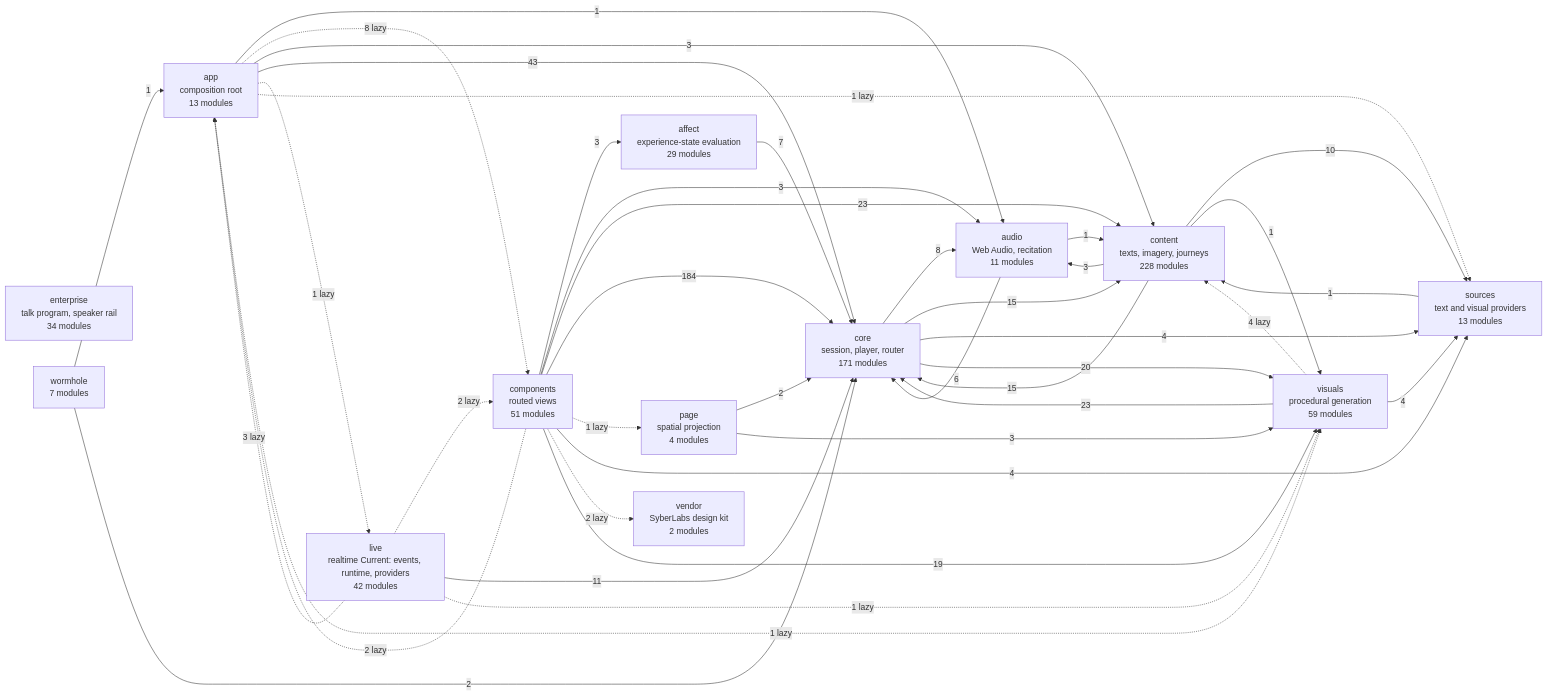
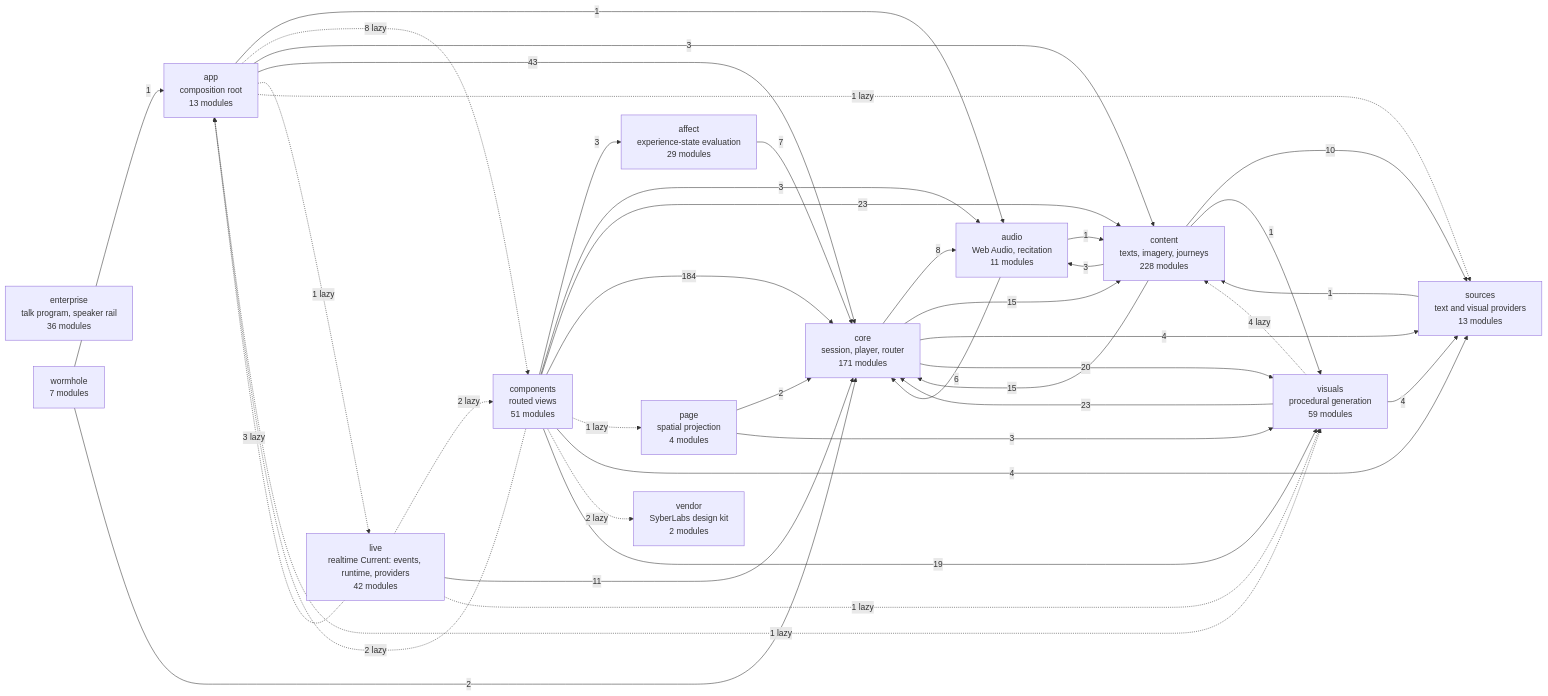
One commit to SyberLabs/RISE changed the diagram in docs/specs/ARCHITECTURE.md. Above: the diagram before and after it, drawn with Mermaid. The commit also changed 11 other files, not shown here.

````diff
--- a/docs/specs/ARCHITECTURE.md
+++ b/docs/specs/ARCHITECTURE.md
@@ -154,56 +154,56 @@
 ```mermaid
 flowchart LR
     affect["affect<br/>experience-state evaluation<br/>29 modules"]
     app["app<br/>composition root<br/>13 modules"]
     audio["audio<br/>Web Audio, recitation<br/>11 modules"]
     components["components<br/>routed views<br/>51 modules"]
     content["content<br/>texts, imagery, journeys<br/>228 modules"]
     core["core<br/>session, player, router<br/>171 modules"]
-    enterprise["enterprise<br/>talk program, speaker rail<br/>34 modules"]
+    enterprise["enterprise<br/>talk program, speaker rail<br/>36 modules"]
     live["live<br/>realtime Current: events, runtime, providers<br/>42 modules"]
     page["page<br/>spatial projection<br/>4 modules"]
     sources["sources<br/>text and visual providers<br/>13 modules"]
     vendor["vendor<br/>SyberLabs design kit<br/>2 modules"]
     visuals["visuals<br/>procedural generation<br/>59 modules"]
     wormhole["wormhole<br/>7 modules"]
 
     affect --> |7| core
     app --> |1| audio
     app -.-> |8 lazy| components
     app --> |3| content
     app --> |43| core
     app -.-> |1 lazy| live
     app -.-> |1 lazy| sources
     app -.-> |1 lazy| visuals
     audio --> |1| content
     audio --> |6| core
     components --> |3| affect
     components -.-> |2 lazy| app
     components --> |3| audio
     components --> |23| content
     components --> |184| core
     components -.-> |1 lazy| page
     components --> |4| sources
     components -.-> |2 lazy| vendor
     components --> |19| visuals
     content --> |3| audio
     content --> |15| core
     content --> |10| sources
     content --> |1| visuals
     core --> |8| audio
     core --> |15| content
     core --> |4| sources
     core --> |20| visuals
     live -.-> |3 lazy| app
     live -.-> |2 lazy| components
     live --> |11| core
     live -.-> |1 lazy| visuals
     page --> |2| core
     page --> |3| visuals
     sources --> |1| content
     visuals -.-> |4 lazy| content
     visuals --> |23| core
     visuals --> |4| sources
     wormhole --> |1| app
     wormhole --> |2| core
 ```
````
